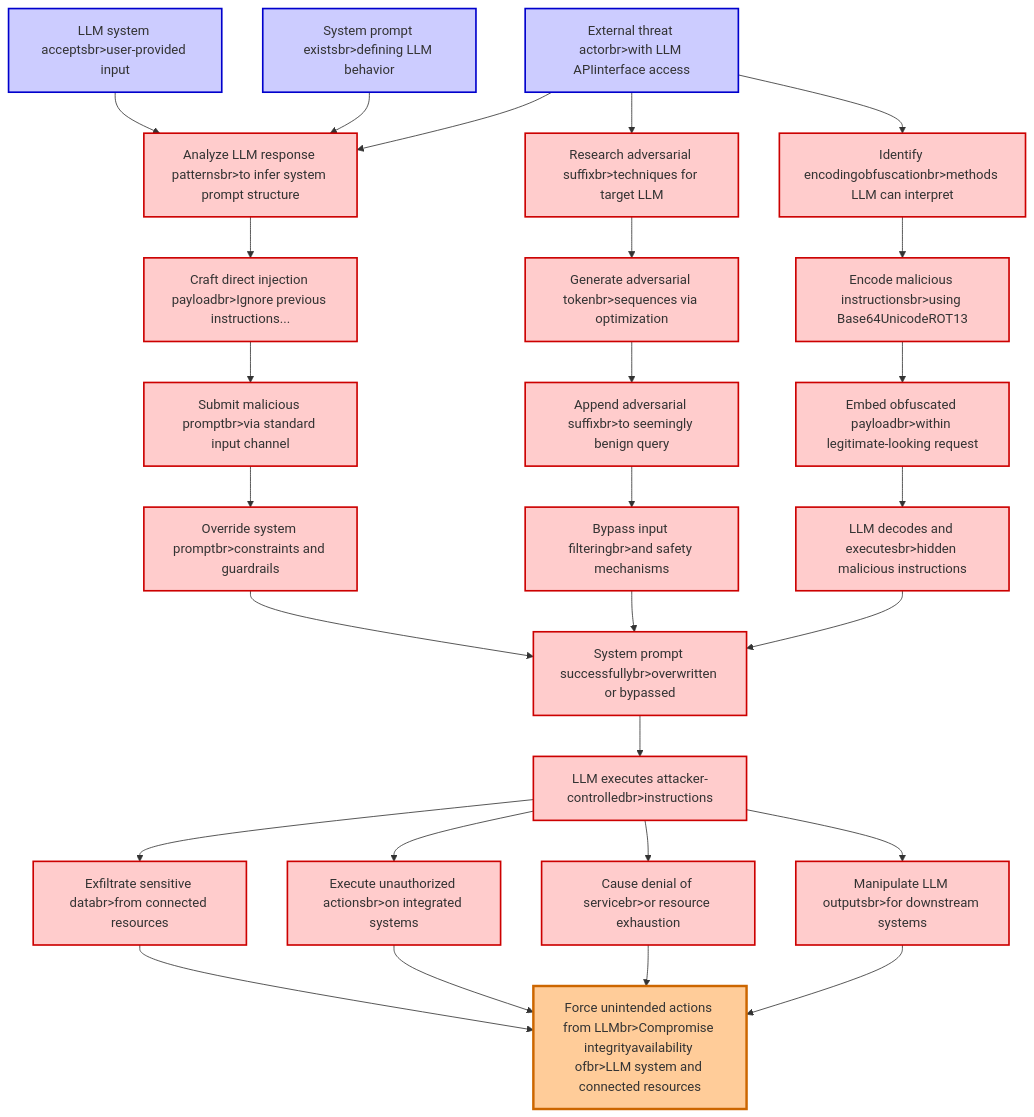
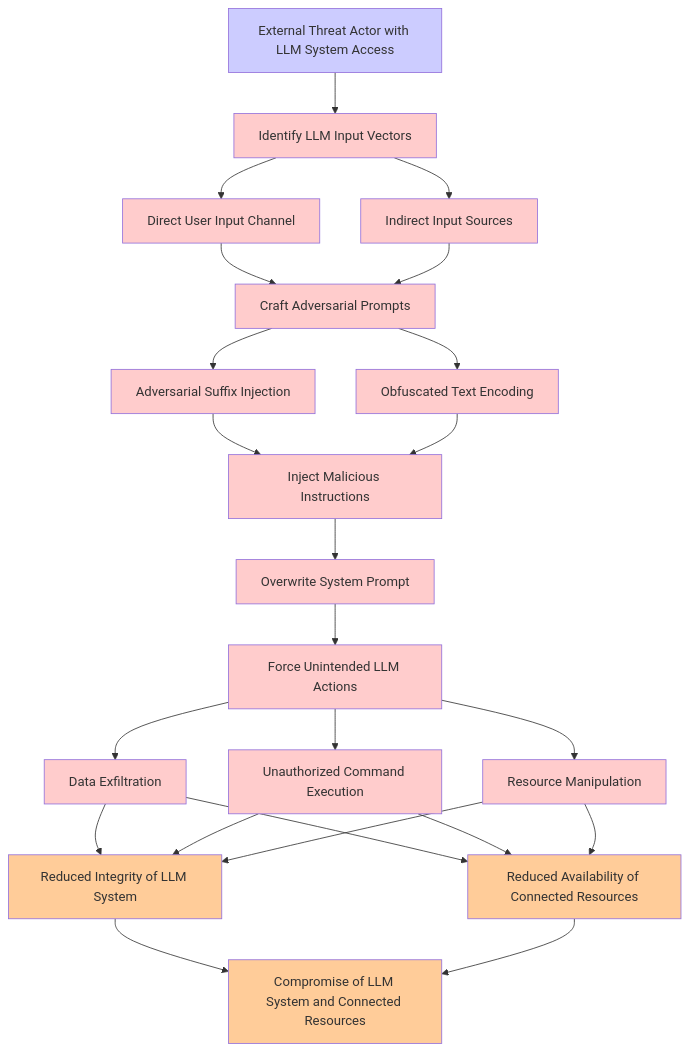
The diagram in sample-applications/genai-chatbot/threatforest/attack_trees/attack_tree_3c4b9ded-09ef-4bc1-8fdd-845009e1a273_llm01_prompt_injection.md (aws-samples/sample-agentic-attack-tree-generator), drawn with Mermaid before and after one commit. The commit also changed other lines of this file and 310 other files, not shown here.

````diff
--- a/sample-applications/genai-chatbot/threatforest/attack_trees/attack_tree_3c4b9ded-09ef-4bc1-8fdd-845009e1a273_llm01_prompt_injection.md
+++ b/sample-applications/genai-chatbot/threatforest/attack_trees/attack_tree_3c4b9ded-09ef-4bc1-8fdd-845009e1a273_llm01_prompt_injection.md
@@ -8,74 +8,32 @@
 ```mermaid
 graph TD
-    GOAL[" Force unintended actions from LLMbr>Compromise integrityavailability ofbr>LLM system and connected resources"]
-    %% Initial Facts/Conditions
-    F1["External threat actorbr>with LLM APIinterface access"]
-    F2["LLM system acceptsbr>user-provided input"]
-    F3["System prompt existsbr>defining LLM behavior"]
-    %% Attack Path 1: Direct Prompt Injection
-    A1["Analyze LLM response patternsbr>to infer system prompt structure"]
-    A2["Craft direct injection payloadbr>Ignore previous instructions..."]
-    A3["Submit malicious promptbr>via standard input channel"]
-    A4["Override system promptbr>constraints and guardrails"]
-    %% Attack Path 2: Adversarial Suffix Injection
-    A5["Research adversarial suffixbr>techniques for target LLM"]
-    A6["Generate adversarial tokenbr>sequences via optimization"]
-    A7["Append adversarial suffixbr>to seemingly benign query"]
-    A8["Bypass input filteringbr>and safety mechanisms"]
-    %% Attack Path 3: Obfuscated Text Injection
-    A9["Identify encodingobfuscationbr>methods LLM can interpret"]
-    A10["Encode malicious instructionsbr>using Base64UnicodeROT13"]
-    A11["Embed obfuscated payloadbr>within legitimate-looking request"]
-    A12["LLM decodes and executesbr>hidden malicious instructions"]
-    %% Convergence Points
-    A13["System prompt successfullybr>overwritten or bypassed"]
-    A14["LLM executes attacker-controlledbr>instructions"]
-    %% Impact Branches
-    I1["Exfiltrate sensitive databr>from connected resources"]
-    I2["Execute unauthorized actionsbr>on integrated systems"]
-    I3["Cause denial of servicebr>or resource exhaustion"]
-    I4["Manipulate LLM outputsbr>for downstream systems"]
-    %% Connections - Initial conditions
-    F1 --> A1
-    F2 --> A1
-    F3 --> A1
-    %% Attack Path 1 Flow
-    A1 --> A2
-    A2 --> A3
-    A3 --> A4
-    A4 --> A13
-    %% Attack Path 2 Flow
-    F1 --> A5
-    A5 --> A6
-    A6 --> A7
-    A7 --> A8
-    A8 --> A13
-    %% Attack Path 3 Flow
-    F1 --> A9
-    A9 --> A10
-    A10 --> A11
-    A11 --> A12
-    A12 --> A13
-    %% Convergence to execution
-    A13 --> A14
-    %% Impact branches
-    A14 --> I1
-    A14 --> I2
-    A14 --> I3
-    A14 --> I4
-    %% Final goal connections
-    I1 --> GOAL
-    I2 --> GOAL
-    I3 --> GOAL
-    I4 --> GOAL
-    %% Styling
-    classDef attack fill:#ffcccc,stroke:#cc0000,stroke-width:2px
-    classDef goal fill:#ffcc99,stroke:#cc6600,stroke-width:3px
-    classDef fact fill:#ccccff,stroke:#0000cc,stroke-width:2px
-    classDef impact fill:#ffcccc,stroke:#cc0000,stroke-width:2px
-    class F1,F2,F3 fact
-    class A1,A2,A3,A4,A5,A6,A7,A8,A9,A10,A11,A12,A13,A14 attack
-    class I1,I2,I3,I4 attack
-    class GOAL goal
+    A["External Threat Actor with LLM System Access"] --> B["Identify LLM Input Vectors"]
+    B --> C["Direct User Input Channel"]
+    B --> D["Indirect Input Sources"]
+    C --> E["Craft Adversarial Prompts"]
+    D --> E
+    E --> F["Adversarial Suffix Injection"]
+    E --> G["Obfuscated Text Encoding"]
+    F --> H["Inject Malicious Instructions"]
+    G --> H
+    H --> I["Overwrite System Prompt"]
+    I --> J["Force Unintended LLM Actions"]
+    J --> K["Data Exfiltration"]
+    J --> L["Unauthorized Command Execution"]
+    J --> M["Resource Manipulation"]
+    K --> N["Reduced Integrity of LLM System"]
+    L --> N
+    M --> N
+    K --> O["Reduced Availability of Connected Resources"]
+    L --> O
+    M --> O
+    N --> P["Compromise of LLM System and Connected Resources"]
+    O --> P
+    classDef fact fill:#ccccff
+    classDef attack fill:#ffcccc
+    classDef goal fill:#ffcc99
+    class A fact
+    class B,C,D,E,F,G,H,I,J,K,L,M attack
+    class N,O,P goal
     classDef mitigation fill:#ccffcc
 ```
````
